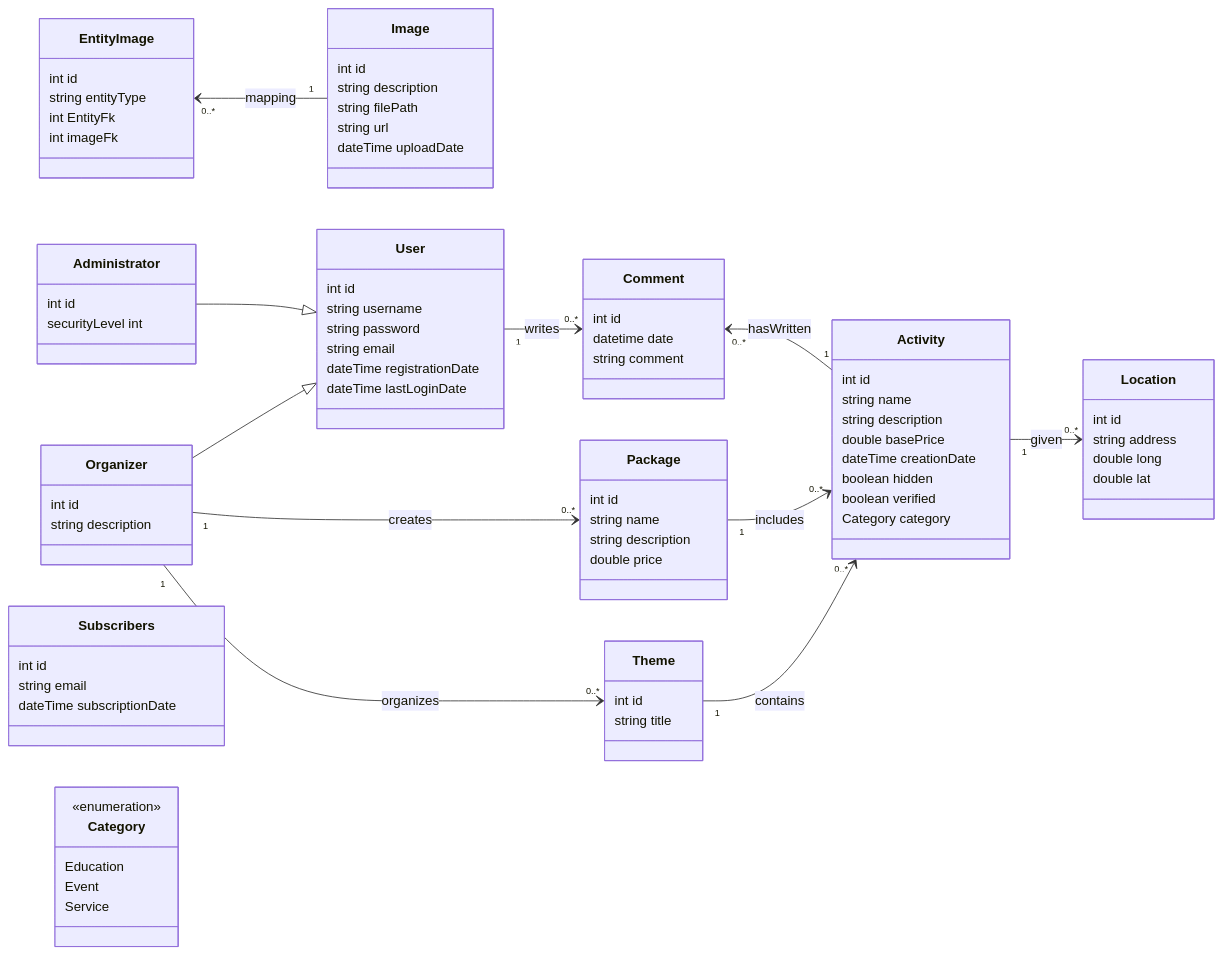
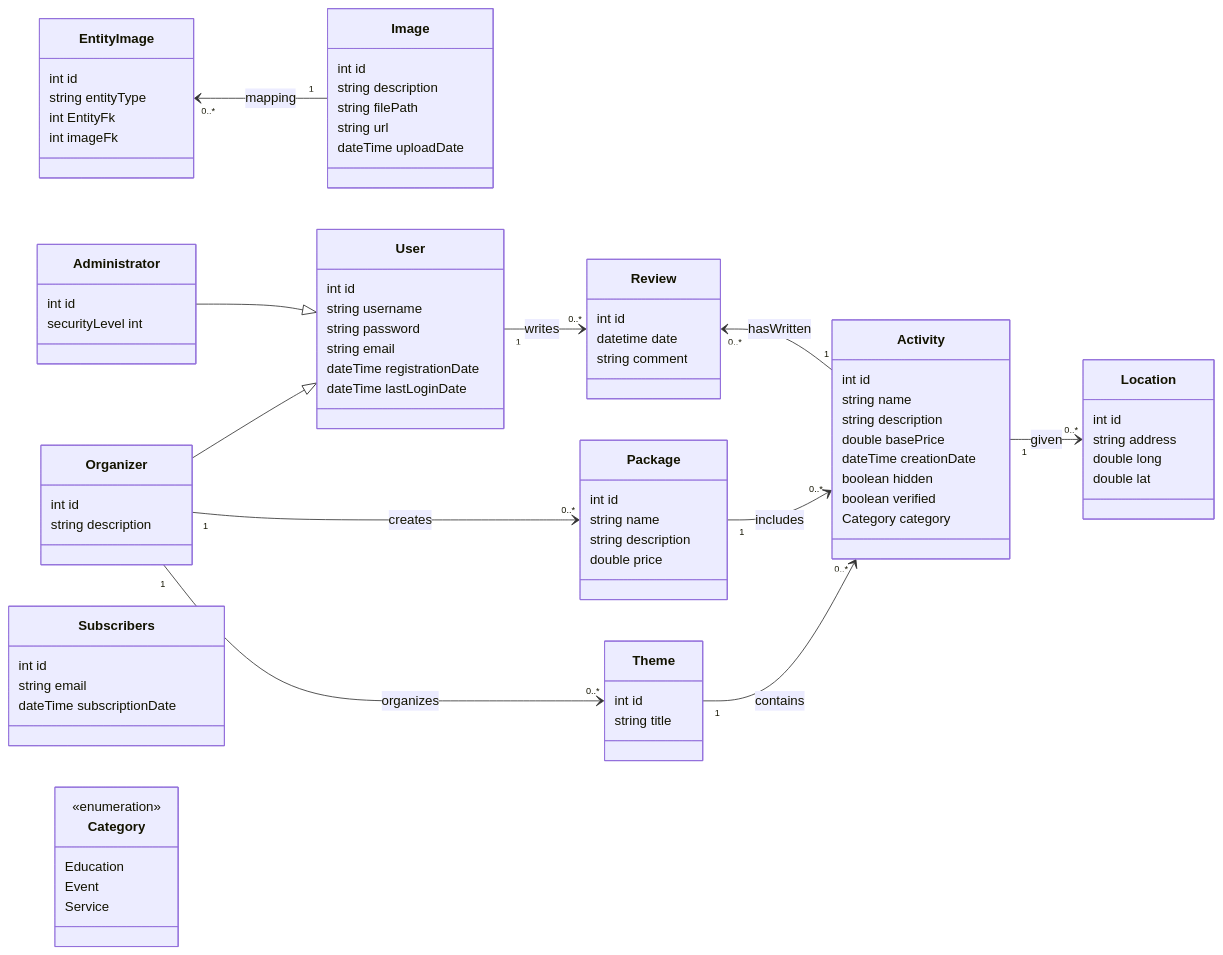
The diagram in README.md (Elijuszek/Edukaciju-Pilis), drawn with Mermaid before and after one commit. The commit also changed other lines of this file, not shown here.

```diff
--- a/README.md
+++ b/README.md
@@ -73,8 +81,8 @@
 EntityImage "0..*" <-- "1" Image : mapping
 Activity "1" --> "0..*" Location : given
 
-User "1" --> "0..*"  Comment : writes
-Comment "0..*" <-- "1" Activity : hasWritten
+User "1" --> "0..*"  Review : writes
+Review "0..*" <-- "1" Activity : hasWritten
 
 Organizer "1" --> "0..*" Package : creates
 Organizer "1" --> "0..*" Theme : organizes
@@ -130,7 +138,7 @@
     securityLevel int
 }
 
-class Comment{
+class Review{
     int id
     datetime date
     string comment
```
